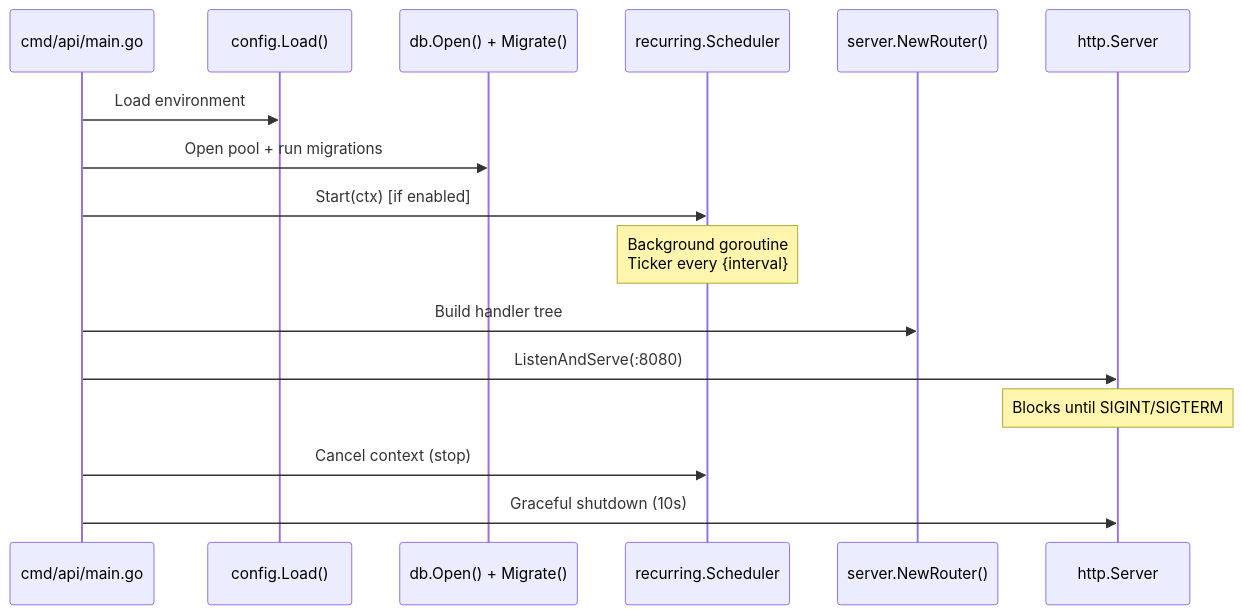
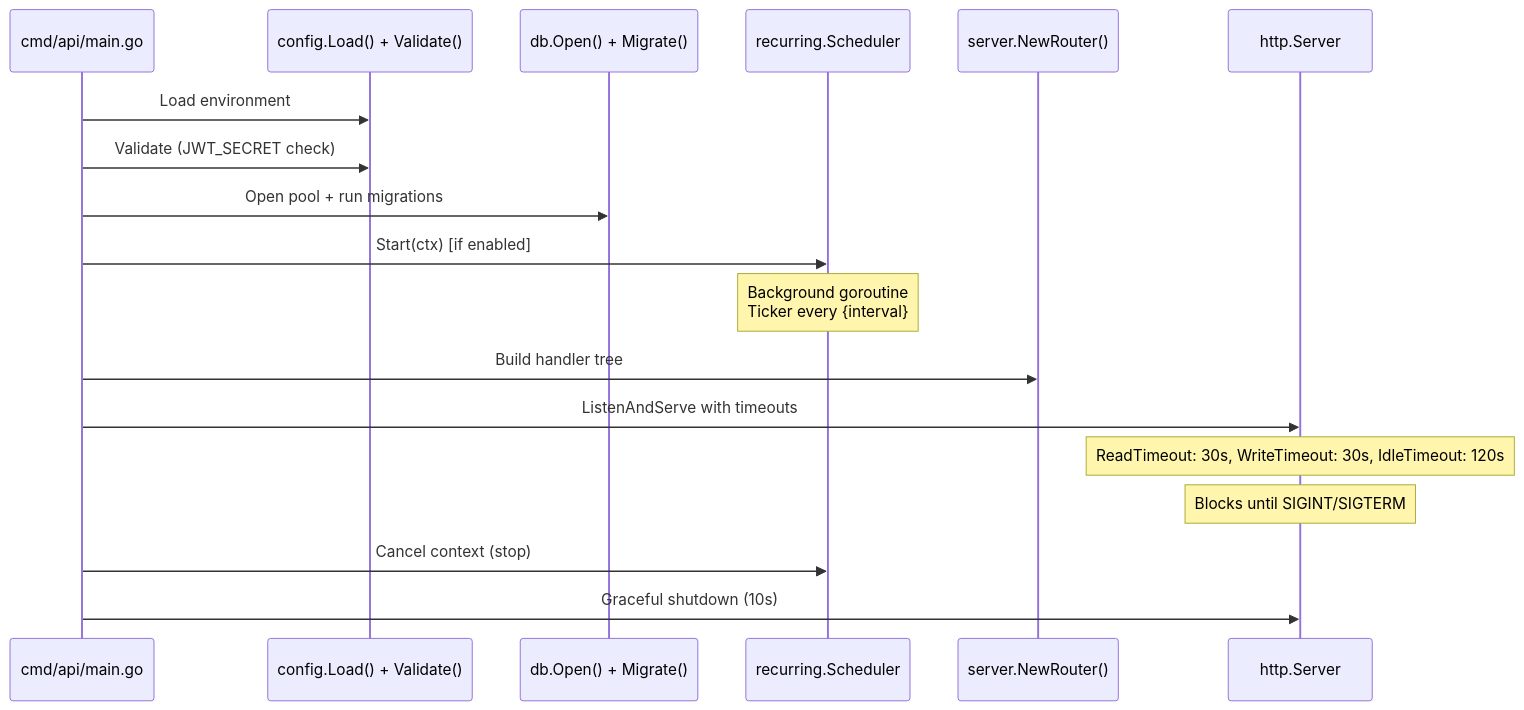
Before and after one commit to adty404/Affluena-API: the fourth of 4 diagrams in docs/system_map.md, drawn with Mermaid. The commit also changed other lines of this file and 12 other files, not shown here.

````diff
--- a/docs/system_map.md
+++ b/docs/system_map.md
@@ -675,19 +676,21 @@
 ```mermaid
 sequenceDiagram
     participant Main as cmd/api/main.go
-    participant Config as config.Load()
+    participant Config as config.Load() + Validate()
     participant DB as db.Open() + Migrate()
     participant Scheduler as recurring.Scheduler
     participant Router as server.NewRouter()
     participant HTTP as http.Server
 
     Main->>Config: Load environment
+    Main->>Config: Validate (JWT_SECRET check)
     Main->>DB: Open pool + run migrations
     Main->>Scheduler: Start(ctx) [if enabled]
     Note over Scheduler: Background goroutine<br/>Ticker every {interval}
     Main->>Router: Build handler tree
-    Main->>HTTP: ListenAndServe(:8080)
+    Main->>HTTP: ListenAndServe with timeouts
+    Note over HTTP: ReadTimeout: 30s, WriteTimeout: 30s, IdleTimeout: 120s
     Note over HTTP: Blocks until SIGINT/SIGTERM
     Main->>Scheduler: Cancel context (stop)
     Main->>HTTP: Graceful shutdown (10s)
 ```
````
